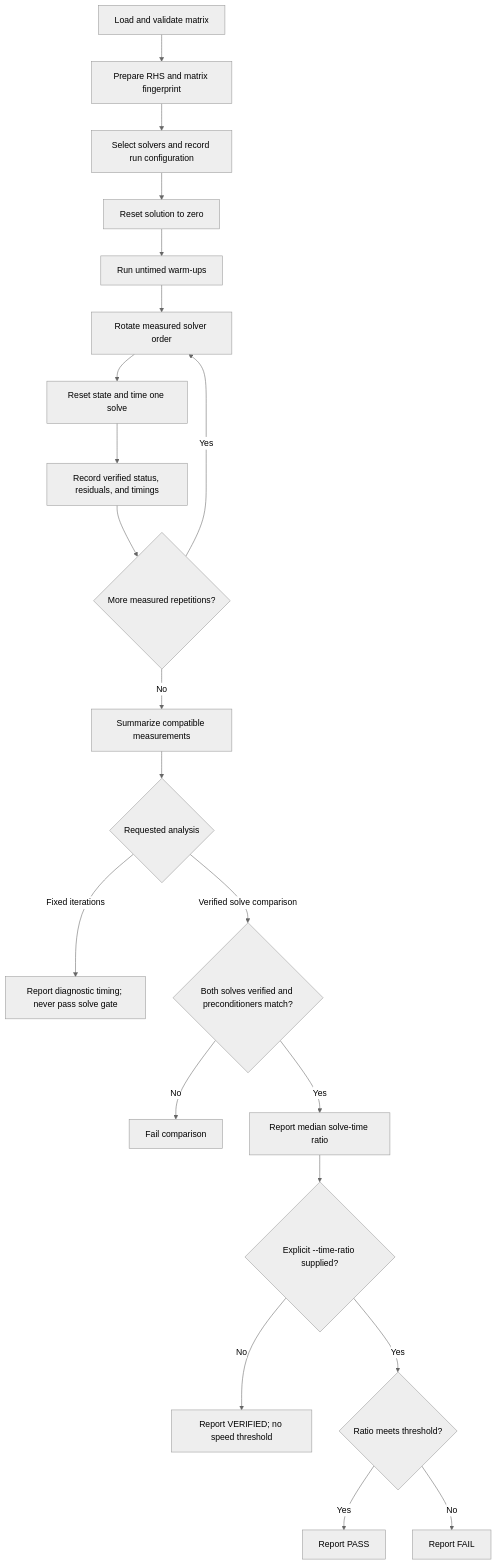
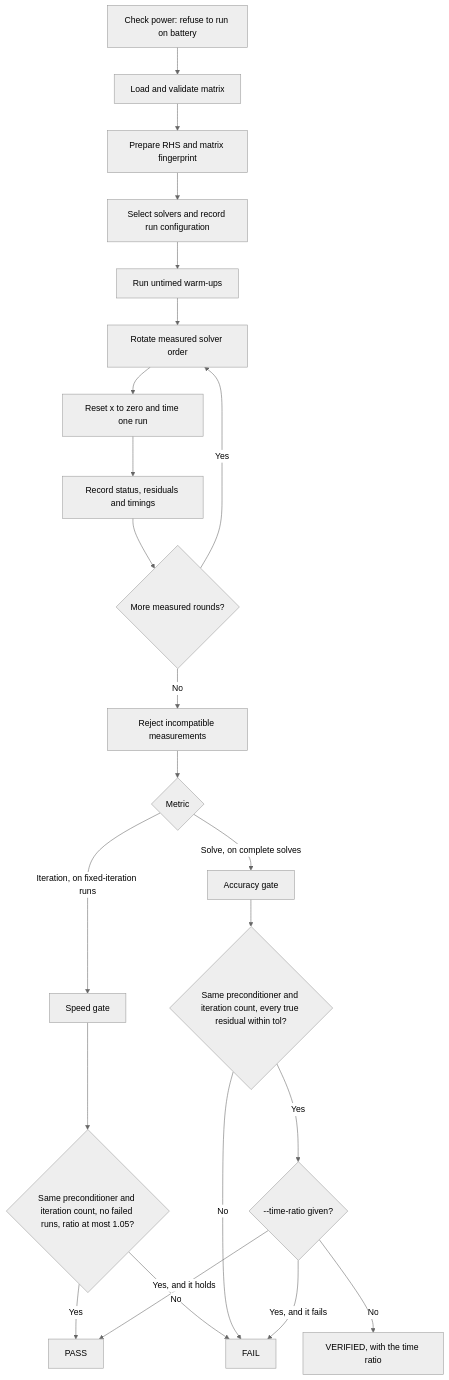
Before and after one commit to mkaya95/PRS_Sparse_Linear_Systems_Solver: the diagram in docs/benchmark-flow.md, drawn with Mermaid (neutral theme). The commit also changed other lines of this file and 3 other files, not shown here.

````diff
--- a/docs/benchmark-flow.md
+++ b/docs/benchmark-flow.md
@@ -7,23 +5,25 @@
 ```mermaid
 flowchart TD
-    A["Load and validate matrix"] --> B["Prepare RHS and matrix fingerprint"]
-    B --> C["Select solvers and record run configuration"]
-    C --> D["Reset solution to zero"]
+    A["Check power: refuse to run on battery"] --> B["Load and validate matrix"]
+    B --> C["Prepare RHS and matrix fingerprint"]
+    C --> D["Select solvers and record run configuration"]
     D --> E["Run untimed warm-ups"]
     E --> F["Rotate measured solver order"]
-    F --> G["Reset state and time one solve"]
-    G --> H["Record verified status, residuals, and timings"]
-    H --> I{"More measured repetitions?"}
+    F --> G["Reset x to zero and time one run"]
+    G --> H["Record status, residuals and timings"]
+    H --> I{"More measured rounds?"}
     I -->|"Yes"| F
-    I -->|"No"| J["Summarize compatible measurements"]
-    J --> K{"Requested analysis"}
-    K -->|"Fixed iterations"| L["Report diagnostic timing; never pass solve gate"]
-    K -->|"Verified solve comparison"| M{"Both solves verified and preconditioners match?"}
-    M -->|"No"| N["Fail comparison"]
-    M -->|"Yes"| O["Report median solve-time ratio"]
-    O --> P{"Explicit --time-ratio supplied?"}
-    P -->|"No"| Q["Report VERIFIED; no speed threshold"]
-    P -->|"Yes"| R{"Ratio meets threshold?"}
-    R -->|"Yes"| S["Report PASS"]
-    R -->|"No"| T["Report FAIL"]
+    I -->|"No"| J["Reject incompatible measurements"]
+    J --> K{"Metric"}
+    K -->|"Iteration, on fixed-iteration runs"| L["Speed gate"]
+    K -->|"Solve, on complete solves"| M["Accuracy gate"]
+    L --> N{"Same preconditioner and iteration count, no failed runs, ratio at most 1.05?"}
+    N -->|"Yes"| O["PASS"]
+    N -->|"No"| P["FAIL"]
+    M --> Q{"Same preconditioner and iteration count, every true residual within tol?"}
+    Q -->|"No"| P
+    Q -->|"Yes"| R{"--time-ratio given?"}
+    R -->|"No"| S["VERIFIED, with the time ratio"]
+    R -->|"Yes, and it holds"| O
+    R -->|"Yes, and it fails"| P
 ```
````
